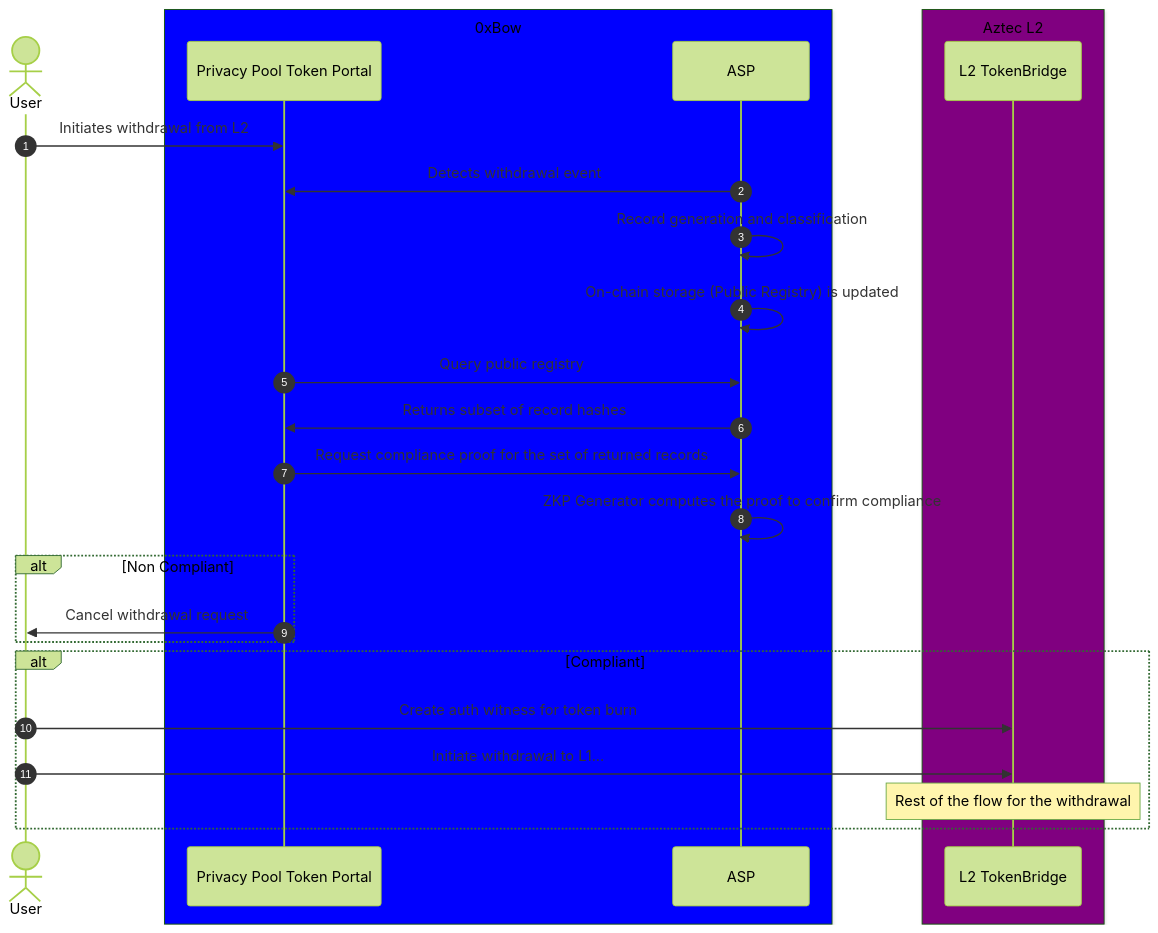
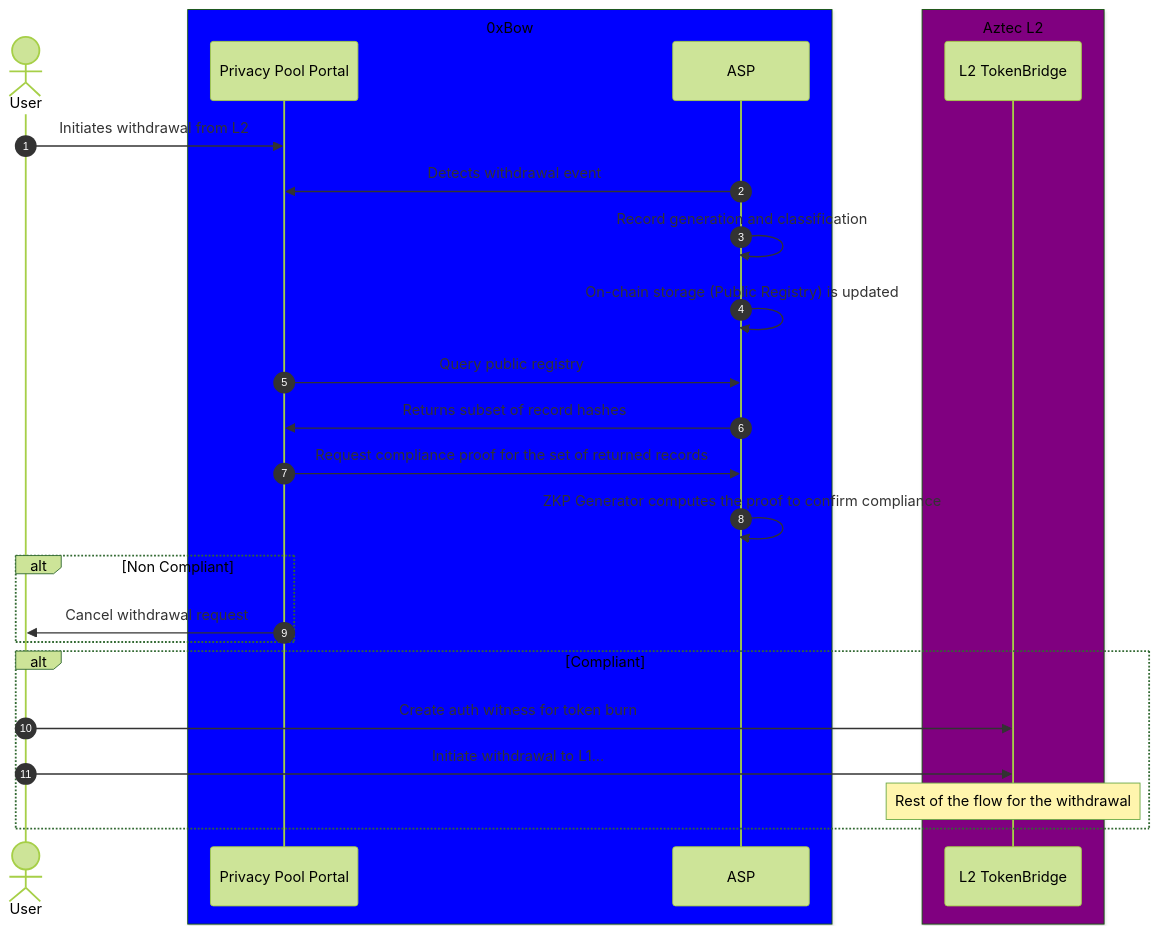
The second of 2 diagrams in docs/assets/sequence.md (0xbow-io/asp-aztec-bridge), drawn with Mermaid (forest theme) before and after one commit. The commit also changed other lines of this file and 1 other file, not shown here.

Commit message:
docs(sequence-and-flowchart.md): Shortened portal contract name on diagrams

````diff
--- a/docs/assets/sequence.md
+++ b/docs/assets/sequence.md
@@ -61,28 +61,28 @@
 ``` mermaid
 sequenceDiagram
     autonumber
     actor User
     box Blue 0xBow
-    participant Privacy Pool Token Portal
+    participant Privacy Pool Portal
     participant ASP
     end
     box Purple Aztec L2
     participant L2 TokenBridge
     end
-        User->>Privacy Pool Token Portal: Initiates withdrawal from L2
-        ASP->>Privacy Pool Token Portal: Detects withdrawal event
+        User->>Privacy Pool Portal: Initiates withdrawal from L2
+        ASP->>Privacy Pool Portal: Detects withdrawal event
         ASP->>ASP: Record generation and classification
         ASP->>ASP: On-chain storage (Public Registry) is updated
-        Privacy Pool Token Portal->>ASP: Query public registry
-        ASP->>Privacy Pool Token Portal: Returns subset of record hashes
-        Privacy Pool Token Portal->>ASP: Request compliance proof for the set of returned records
+        Privacy Pool Portal->>ASP: Query public registry
+        ASP->>Privacy Pool Portal: Returns subset of record hashes
+        Privacy Pool Portal->>ASP: Request compliance proof for the set of returned records
         ASP->>ASP: ZKP Generator computes the proof to confirm compliance
     alt Non Compliant
-        Privacy Pool Token Portal->>User: Cancel withdrawal request
+        Privacy Pool Portal->>User: Cancel withdrawal request
     end
     alt Compliant
         User->>L2 TokenBridge: Create auth witness for token burn
         User->>L2 TokenBridge: Initiate withdrawal to L1...
         Note over L2 TokenBridge: Rest of the flow for the withdrawal
     end
 ```
````
